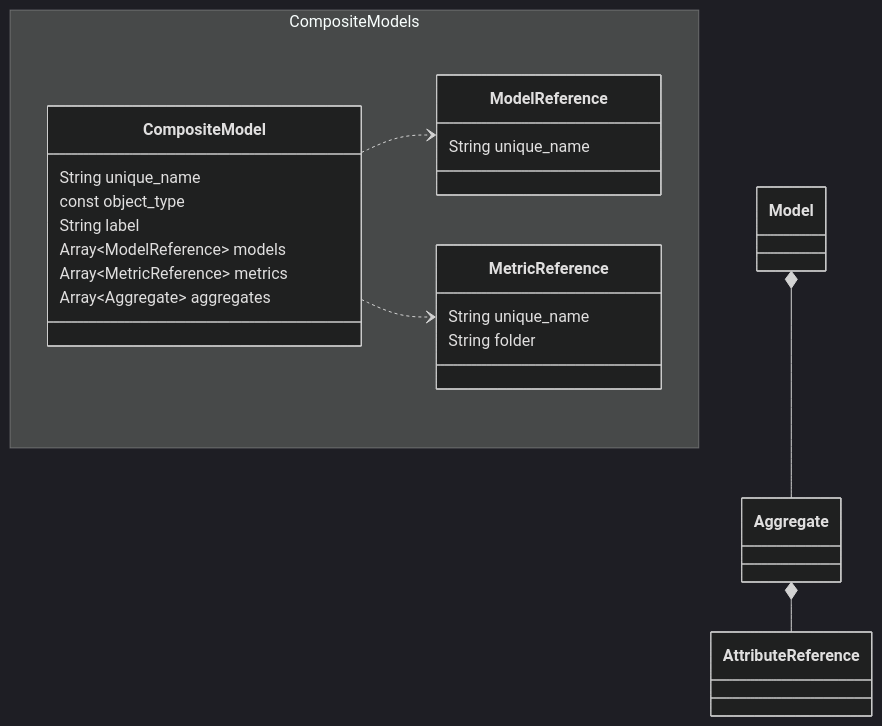
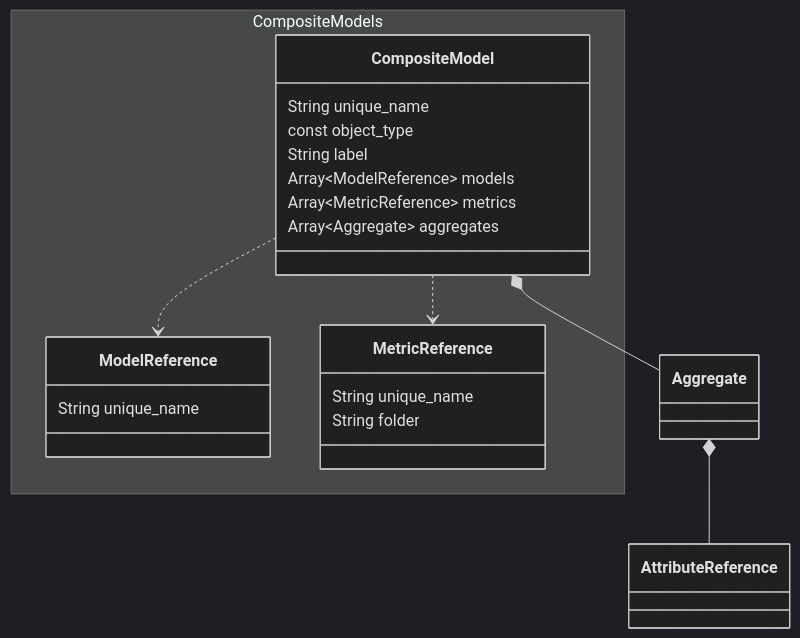
One commit to semanticdatalayer/SML changed the diagram in sml-reference/composite-model.md. Above: the diagram before and after it, drawn with Mermaid (dark theme). The commit also changed other lines of this file, not shown here.

````diff
--- a/sml-reference/composite-model.md
+++ b/sml-reference/composite-model.md
@@ -37,24 +37,24 @@
 ```mermaid
 classDiagram
     CompositeModel ..> ModelReference
     CompositeModel ..> MetricReference
-    Model *-- Aggregate
+    CompositeModel *-- Aggregate
     Aggregate *-- AttributeReference
 namespace CompositeModels{
     class CompositeModel{
       String unique_name
       const object_type
       String label
       Array~ModelReference~ models
       Array~MetricReference~ metrics
       Array~Aggregate~ aggregates
     }
     class ModelReference{
       String unique_name
     }
     class MetricReference{
       String unique_name
       String folder
     }
 }
 ```
````
